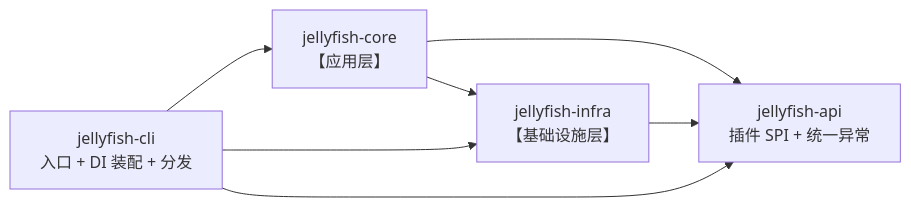
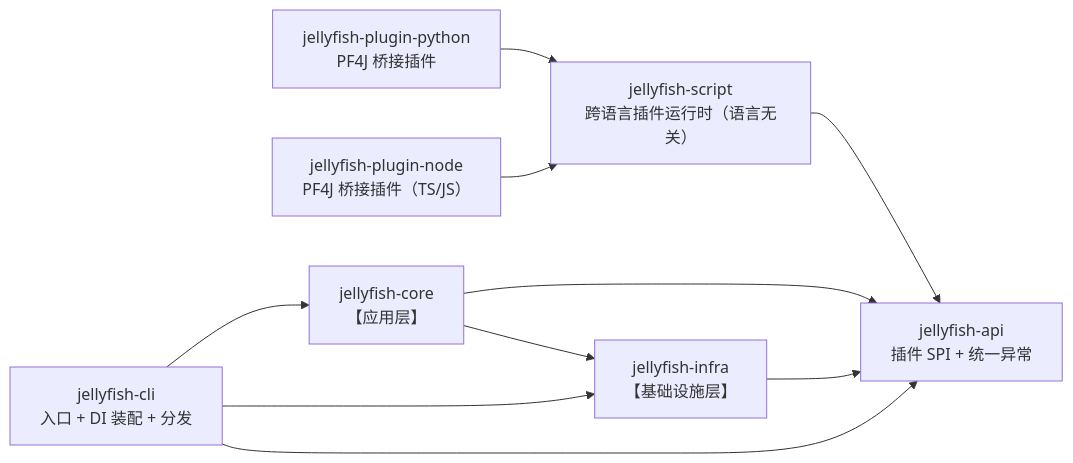
One commit to zcd0831/Jellyfish changed the second of 2 diagrams in AGENTS.md. Above: the diagram before and after it, drawn with Mermaid. The commit also changed other lines of this file and 5 other files, not shown here.

````diff
--- a/AGENTS.md
+++ b/AGENTS.md
@@ -100,14 +102,20 @@
 ```mermaid
 flowchart LR
     API["jellyfish-api<br>插件 SPI + 统一异常"]
+    SCRIPT["jellyfish-script<br>跨语言插件运行时（语言无关）"]
+    PY["jellyfish-plugin-python<br>PF4J 桥接插件"]
+    NODE["jellyfish-plugin-node<br>PF4J 桥接插件（TS/JS）"]
     INFRA["jellyfish-infra<br>【基础设施层】"]
     CORE["jellyfish-core<br>【应用层】"]
     CLI["jellyfish-cli<br>入口 + DI 装配 + 分发"]
 
+    PY --> SCRIPT
+    NODE --> SCRIPT
+    SCRIPT --> API
     CORE --> API
     CORE --> INFRA
     INFRA --> API
     CLI --> CORE
     CLI --> INFRA
     CLI --> API
 ```
````
